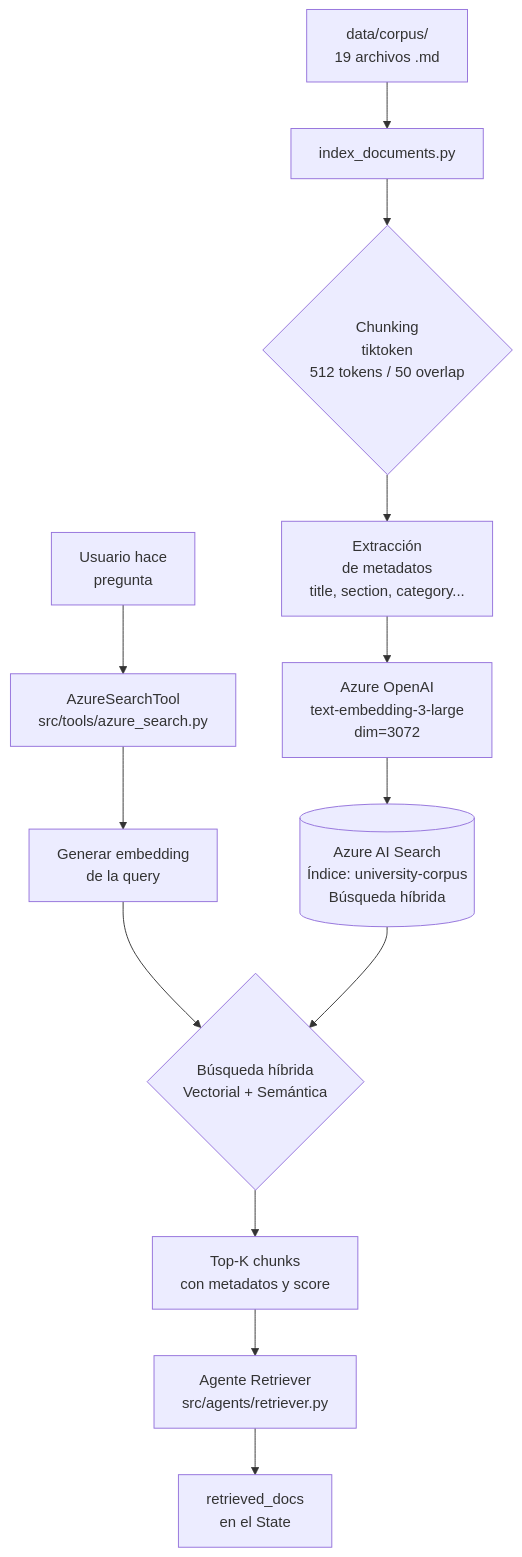
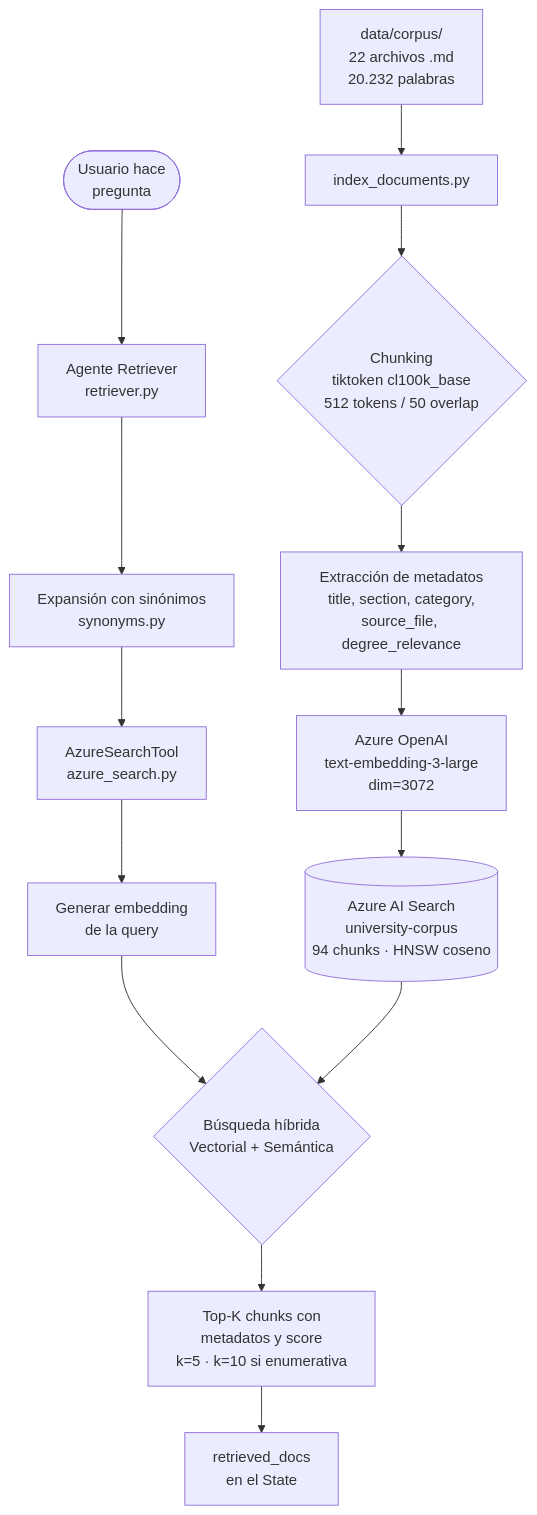
Before and after one commit to efeluxy/tfg-rag-university: the diagram in docs/diagrams/data_architecture.md, drawn with Mermaid. The commit also changed 3 other files, not shown here.

````diff
--- a/docs/diagrams/data_architecture.md
+++ b/docs/diagrams/data_architecture.md
@@ -4,16 +4,17 @@
 ```mermaid
 flowchart TD
-    A[data/corpus/\n19 archivos .md] --> B[index_documents.py]
-    B --> C{Chunking\ntiktoken\n512 tokens / 50 overlap}
-    C --> D[Extracción\nde metadatos\ntitle, section, category...]
-    D --> E[Azure OpenAI\ntext-embedding-3-large\ndim=3072]
-    E --> F[(Azure AI Search\nÍndice: university-corpus\nBúsqueda híbrida)]
+    A[data/corpus/<br/>22 archivos .md<br/>20.232 palabras] --> B[index_documents.py]
+    B --> C{Chunking<br/>tiktoken cl100k_base<br/>512 tokens / 50 overlap}
+    C --> D[Extracción de metadatos<br/>title, section, category,<br/>source_file, degree_relevance]
+    D --> E[Azure OpenAI<br/>text-embedding-3-large<br/>dim=3072]
+    E --> F[(Azure AI Search<br/>university-corpus<br/>94 chunks · HNSW coseno)]
 
-    G[Usuario hace\npregunta] --> H[AzureSearchTool\nsrc/tools/azure_search.py]
-    H --> I[Generar embedding\nde la query]
-    I --> J{Búsqueda híbrida\nVectorial + Semántica}
-    F --> J
-    J --> K[Top-K chunks\ncon metadatos y score]
-    K --> L[Agente Retriever\nsrc/agents/retriever.py]
-    L --> M[retrieved_docs\nen el State]
+    G([Usuario hace<br/>pregunta]) --> H[Agente Retriever<br/>retriever.py]
+    H --> I[Expansión con sinónimos<br/>synonyms.py]
+    I --> J[AzureSearchTool<br/>azure_search.py]
+    J --> K[Generar embedding<br/>de la query]
+    K --> L{Búsqueda híbrida<br/>Vectorial + Semántica}
+    F --> L
+    L --> M[Top-K chunks con<br/>metadatos y score<br/>k=5 · k=10 si enumerativa]
+    M --> N[retrieved_docs<br/>en el State]
 ```
````
